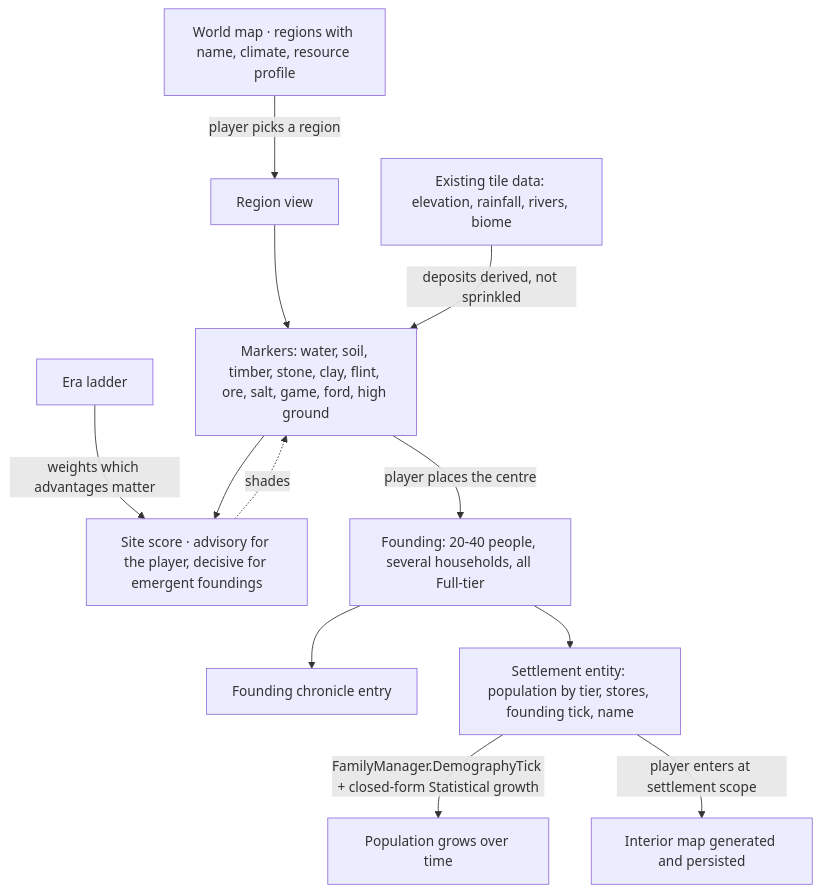
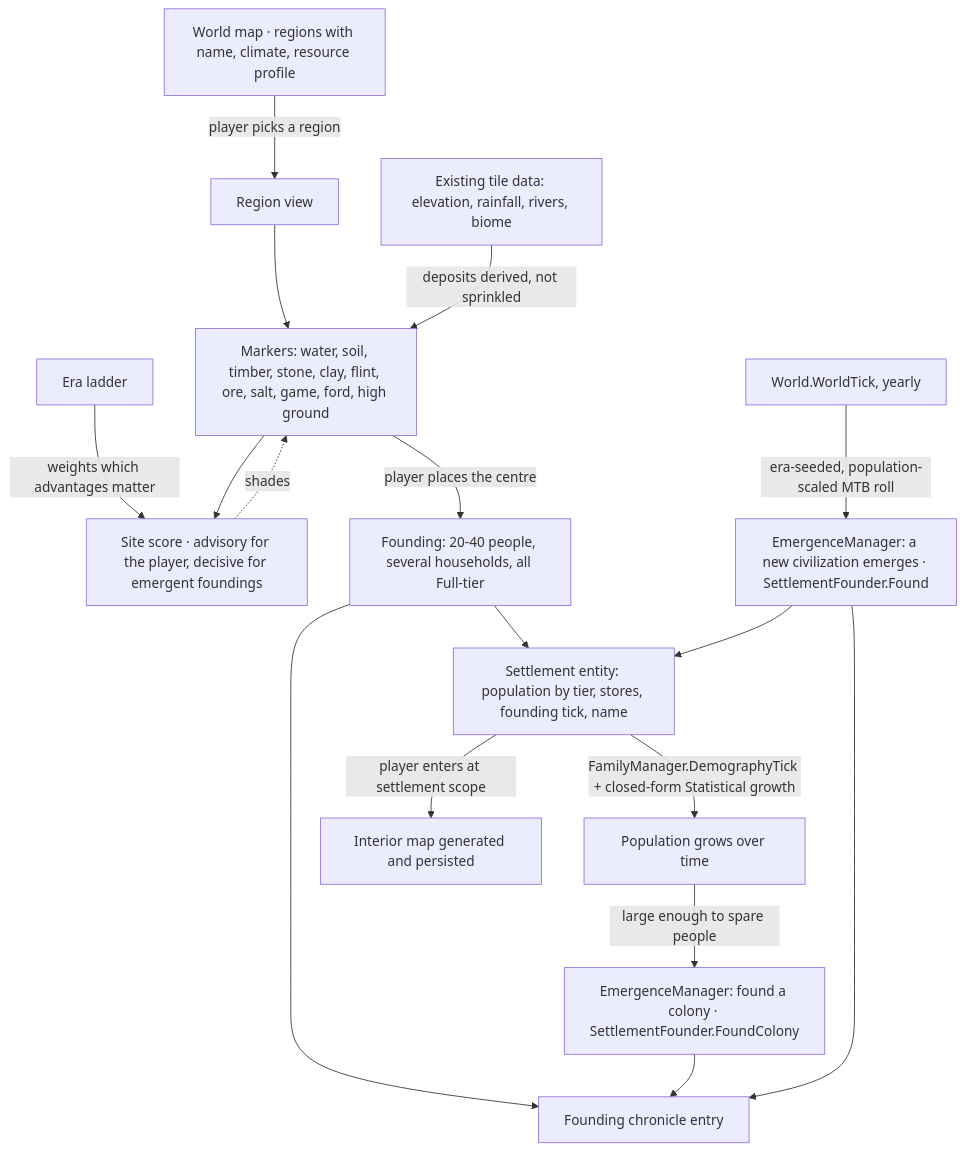
The seventh of 13 diagrams in docs/spec/simworld-spec.md (m2windham/simWorld), drawn with Mermaid before and after one commit. The commit also changed other lines of this file and 59 other files, not shown here.

````diff
--- a/docs/spec/simworld-spec.md
+++ b/docs/spec/simworld-spec.md
@@ -410,14 +509,19 @@
 ```mermaid
 flowchart TD
   W[World map · regions with name, climate, resource profile] -->|player picks a region| R[Region view]
   R --> Markers[Markers: water, soil, timber, stone, clay, flint, ore, salt, game, ford, high ground]
   Terrain[Existing tile data: elevation, rainfall, rivers, biome] -->|deposits derived, not sprinkled| Markers
   Era[Era ladder] -->|weights which advantages matter| Score
   Markers --> Score[Site score · advisory for the player, decisive for emergent foundings]
   Score -.shades.-> Markers
   Markers -->|player places the centre| Found[Founding: 20-40 people, several households, all Full-tier]
   Found --> Chron[Founding chronicle entry]
   Found --> Settle[Settlement entity: population by tier, stores, founding tick, name]
   Settle -->|FamilyManager.DemographyTick + closed-form Statistical growth| Growth[Population grows over time]
   Settle -->|player enters at settlement scope| Map[Interior map generated and persisted]
+  Growth -->|large enough to spare people| Expand[EmergenceManager: found a colony · SettlementFounder.FoundColony]
+  Expand --> Chron
+  Clock[World.WorldTick, yearly] -->|era-seeded, population-scaled MTB roll| Emerge[EmergenceManager: a new civilization emerges · SettlementFounder.Found]
+  Emerge --> Chron
+  Emerge --> Settle
 ```
````
